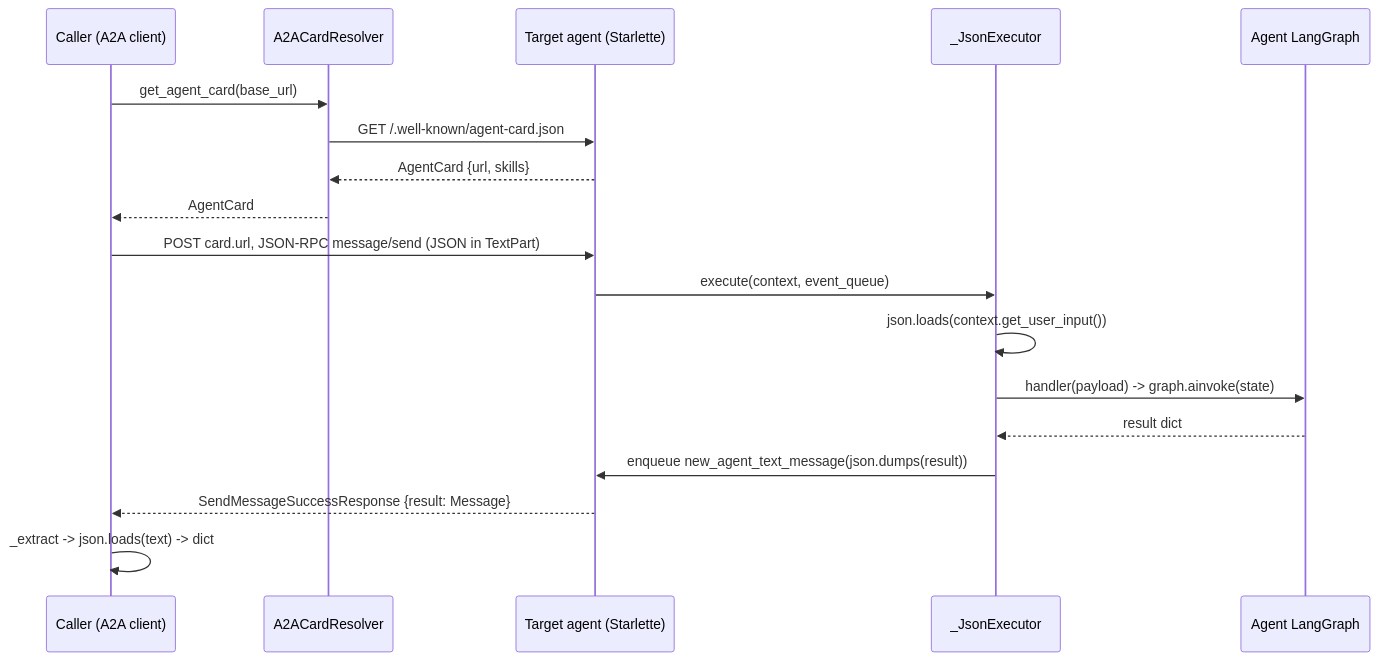
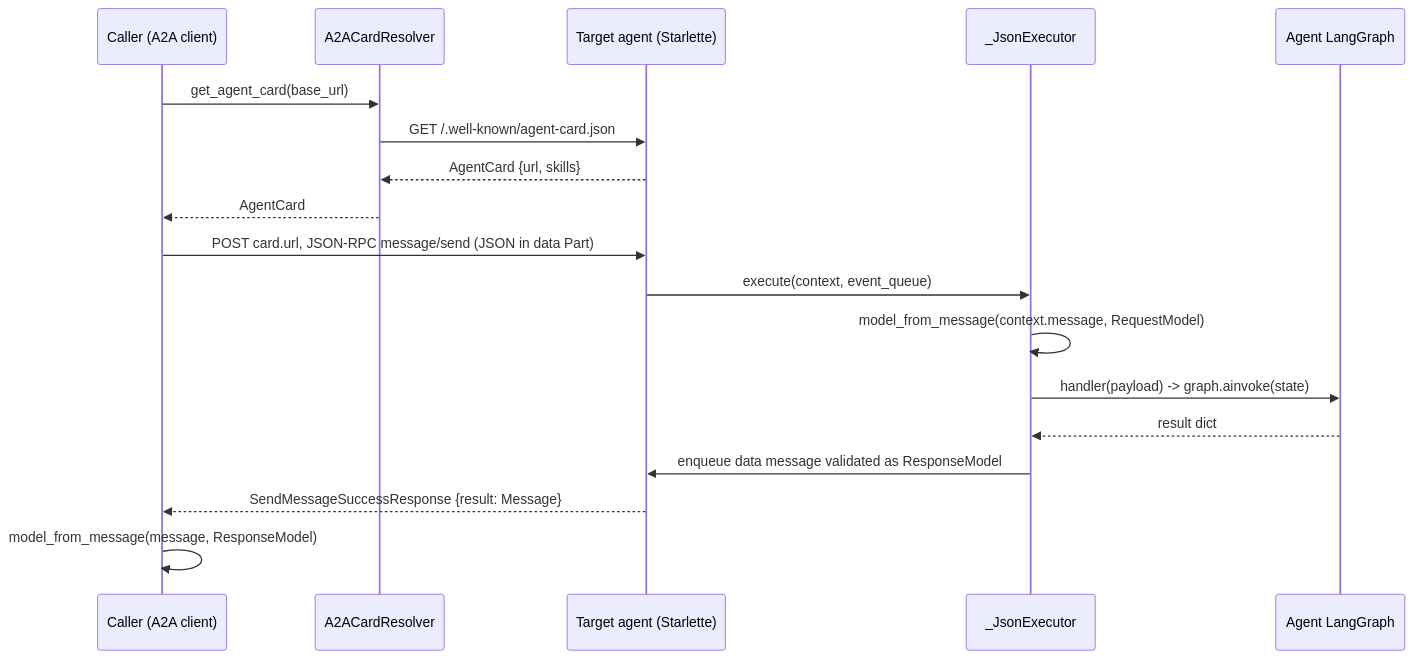
The second of 6 diagrams in README.md (rafaelbattesti/a2a-langgraph), drawn with Mermaid before and after one commit. The commit also changed other lines of this file and 13 other files, not shown here.

````diff
--- a/README.md
+++ b/README.md
@@ -116,22 +117,22 @@
 ```mermaid
 sequenceDiagram
     participant Caller as Caller (A2A client)
     participant Res as A2ACardResolver
     participant App as Target agent (Starlette)
     participant Ex as _JsonExecutor
     participant G as Agent LangGraph
 
     Caller->>Res: get_agent_card(base_url)
     Res->>App: GET /.well-known/agent-card.json
     App-->>Res: AgentCard {url, skills}
     Res-->>Caller: AgentCard
 
-    Caller->>App: POST card.url, JSON-RPC message/send (JSON in TextPart)
+    Caller->>App: POST card.url, JSON-RPC message/send (JSON in data Part)
     App->>Ex: execute(context, event_queue)
-    Ex->>Ex: json.loads(context.get_user_input())
+    Ex->>Ex: model_from_message(context.message, RequestModel)
     Ex->>G: handler(payload) -> graph.ainvoke(state)
     G-->>Ex: result dict
-    Ex->>App: enqueue new_agent_text_message(json.dumps(result))
+    Ex->>App: enqueue data message validated as ResponseModel
     App-->>Caller: SendMessageSuccessResponse {result: Message}
-    Caller->>Caller: _extract -> json.loads(text) -> dict
+    Caller->>Caller: model_from_message(message, ResponseModel)
 ```
````
